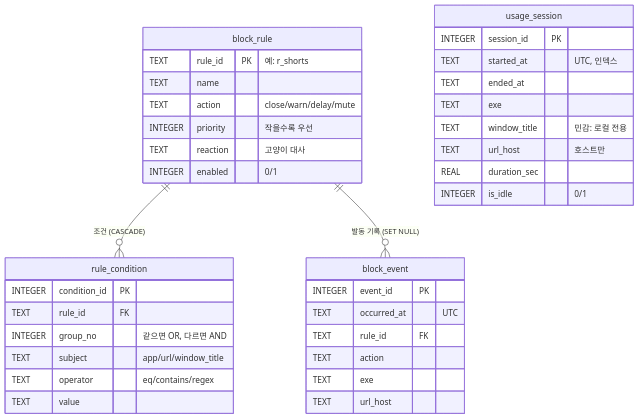
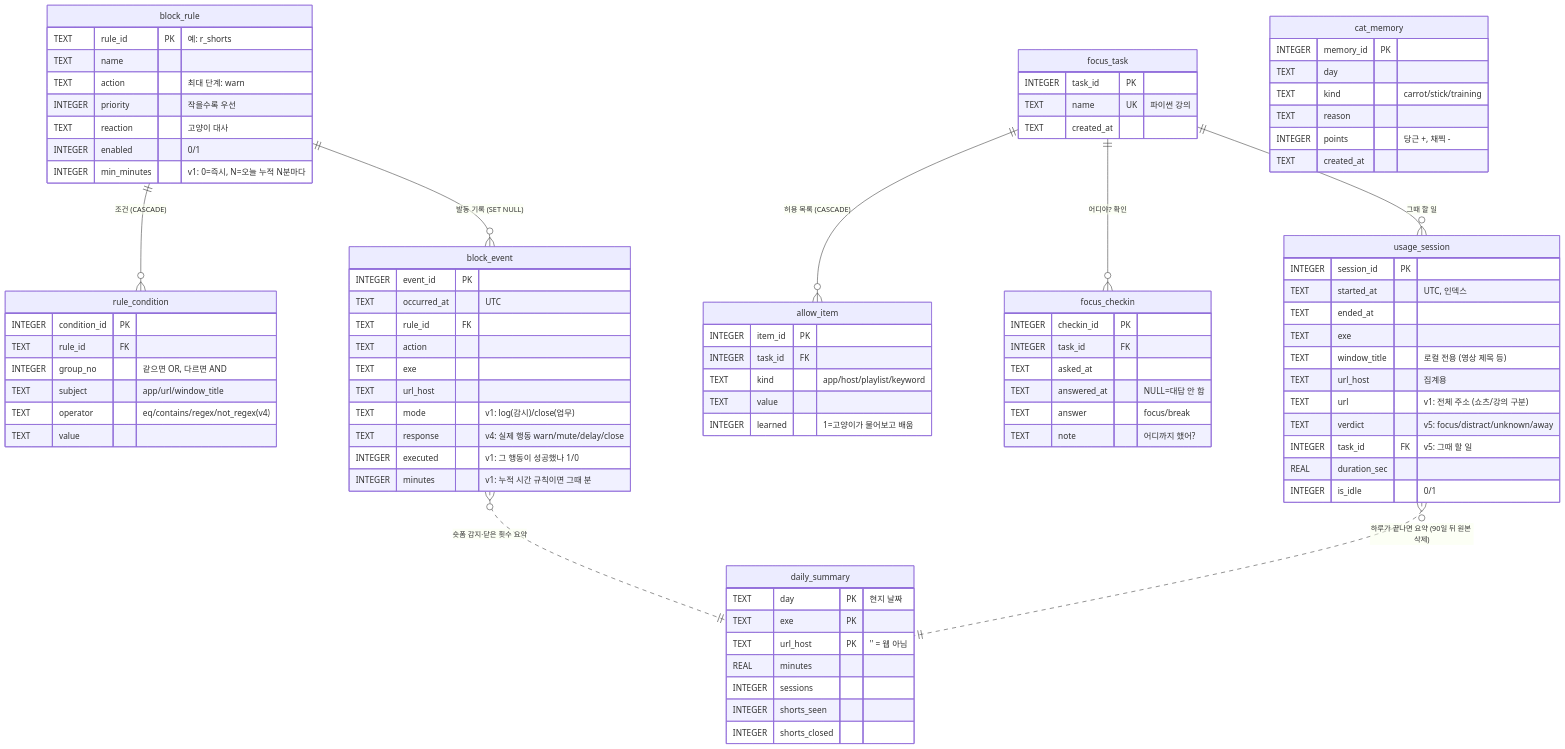
One commit to lyw012012-cpu/cat-cat changed the diagram in 설계/sqlite(db설계도).md. Above: the diagram before and after it, drawn with Mermaid. The commit also changed other lines of this file and 8 other files, not shown here.

```diff
--- a/설계/sqlite(db설계도).md
+++ b/설계/sqlite(db설계도).md
@@ -10,21 +10,66 @@
 erDiagram
     block_rule ||--o{ rule_condition : "조건 (CASCADE)"
     block_rule ||--o{ block_event : "발동 기록 (SET NULL)"
+    usage_session }o..|| daily_summary : "하루가 끝나면 요약 (90일 뒤 원본 삭제)"
+    block_event }o..|| daily_summary : "숏폼 감지·닫은 횟수 요약"
+
+    daily_summary {
+        TEXT day PK "현지 날짜"
+        TEXT exe PK
+        TEXT url_host PK "'' = 웹 아님"
+        REAL minutes
+        INTEGER sessions
+        INTEGER shorts_seen
+        INTEGER shorts_closed
+    }
+    focus_task ||--o{ allow_item : "허용 목록 (CASCADE)"
+    focus_task ||--o{ focus_checkin : "어디야? 확인"
+    focus_task ||--o{ usage_session : "그때 할 일"
+
+    focus_task {
+        INTEGER task_id PK
+        TEXT name UK "파이썬 강의"
+        TEXT created_at
+    }
+    allow_item {
+        INTEGER item_id PK
+        INTEGER task_id FK
+        TEXT kind "app/host/playlist/keyword"
+        TEXT value
+        INTEGER learned "1=고양이가 물어보고 배움"
+    }
+    focus_checkin {
+        INTEGER checkin_id PK
+        INTEGER task_id FK
+        TEXT asked_at
+        TEXT answered_at "NULL=대답 안 함"
+        TEXT answer "focus/break"
+        TEXT note "어디까지 했어?"
+    }
+    cat_memory {
+        INTEGER memory_id PK
+        TEXT day
+        TEXT kind "carrot/stick/training"
+        TEXT reason
+        INTEGER points "당근 +, 채찍 -"
+        TEXT created_at
+    }
 
     block_rule {
         TEXT rule_id PK "예: r_shorts"
         TEXT name
-        TEXT action "close/warn/delay/mute"
+        TEXT action "최대 단계: warn<mute<delay<close"
         INTEGER priority "작을수록 우선"
         TEXT reaction "고양이 대사"
         INTEGER enabled "0/1"
+        INTEGER min_minutes "v1: 0=즉시, N=오늘 누적 N분마다"
     }
     rule_condition {
         INTEGER condition_id PK
         TEXT rule_id FK
         INTEGER group_no "같으면 OR, 다르면 AND"
         TEXT subject "app/url/window_title"
-        TEXT operator "eq/contains/regex"
+        TEXT operator "eq/contains/regex/not_regex(v4)"
         TEXT value
     }
     block_event {
@@ -34,14 +79,21 @@
         TEXT action
         TEXT exe
         TEXT url_host
+        TEXT mode "v1: log(감시)/close(업무)"
+        TEXT response "v4: 실제 행동 warn/mute/delay/close"
+        INTEGER executed "v1: 그 행동이 성공했나 1/0"
+        INTEGER minutes "v1: 누적 시간 규칙이면 그때 분"
     }
     usage_session {
         INTEGER session_id PK
         TEXT started_at "UTC, 인덱스"
         TEXT ended_at
         TEXT exe
-        TEXT window_title "민감: 로컬 전용"
-        TEXT url_host "호스트만"
+        TEXT window_title "로컬 전용 (영상 제목 등)"
+        TEXT url_host "집계용"
+        TEXT url "v1: 전체 주소 (쇼츠/강의 구분)"
+        TEXT verdict "v5: focus/distract/unknown/away"
+        INTEGER task_id FK "v5: 그때 할 일"
         REAL duration_sec
         INTEGER is_idle "0/1"
     }
```
